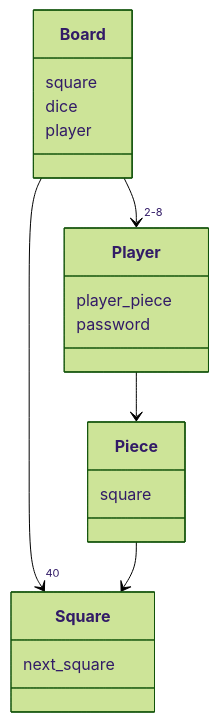
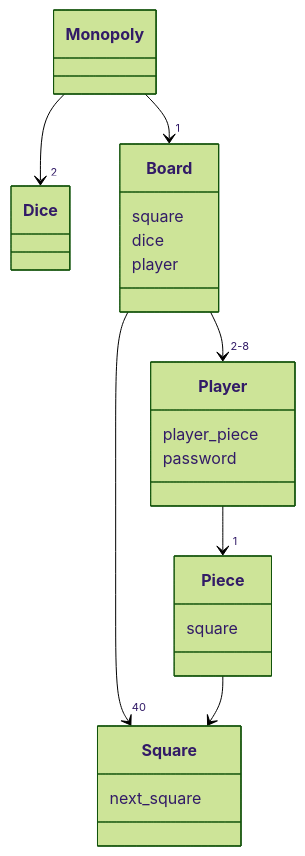
The diagram in laskarit/viikko3/classdiagram.md (JesseHantula/JokerPoker), drawn with Mermaid (forest theme) before and after one commit.

````diff
--- a/laskarit/viikko3/classdiagram.md
+++ b/laskarit/viikko3/classdiagram.md
@@ -1,22 +1,30 @@
 ```mermaid
 classDiagram
+    Monopoly --> "2" Dice
+    Monopoly --> "1" Board
     Board --> "2-8" Player
     Board --> "40" Square
     Piece --> Square
-    Player --> Piece
-      class Player{
-        player_piece
-        password
-      }
-      class Board{
-        square
-        dice
-        player
-      }
-      class Square{
-        next_square
-      }
-      class Piece{
-        square
-      }
+    Player --> "1" Piece
+        class Monopoly{
+
+        }
+        class Dice{
+
+        }
+        class Player{
+            player_piece
+            password
+        }
+        class Board{
+            square
+            dice
+            player
+        }
+        class Square{
+            next_square
+        }
+        class Piece{
+            square
+        }
 ```
````
